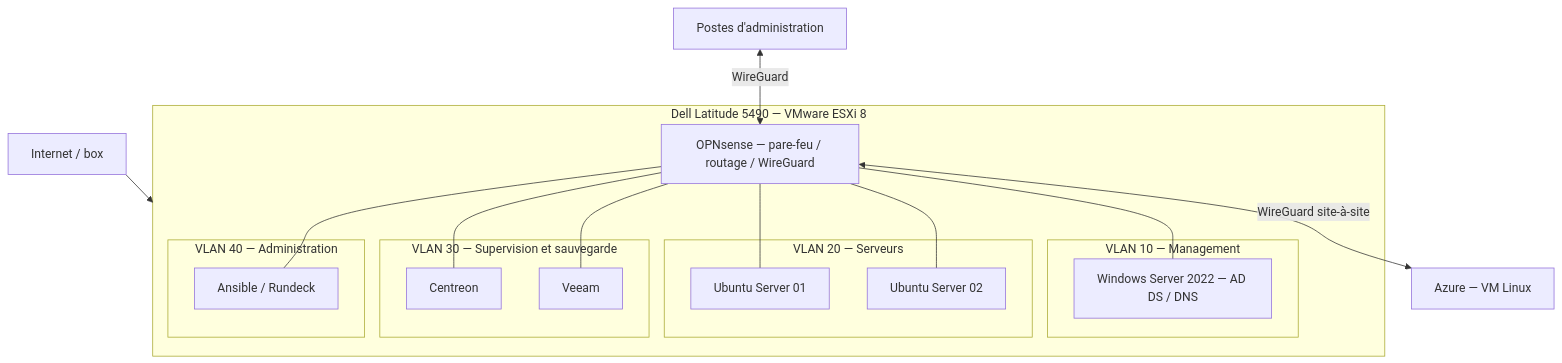
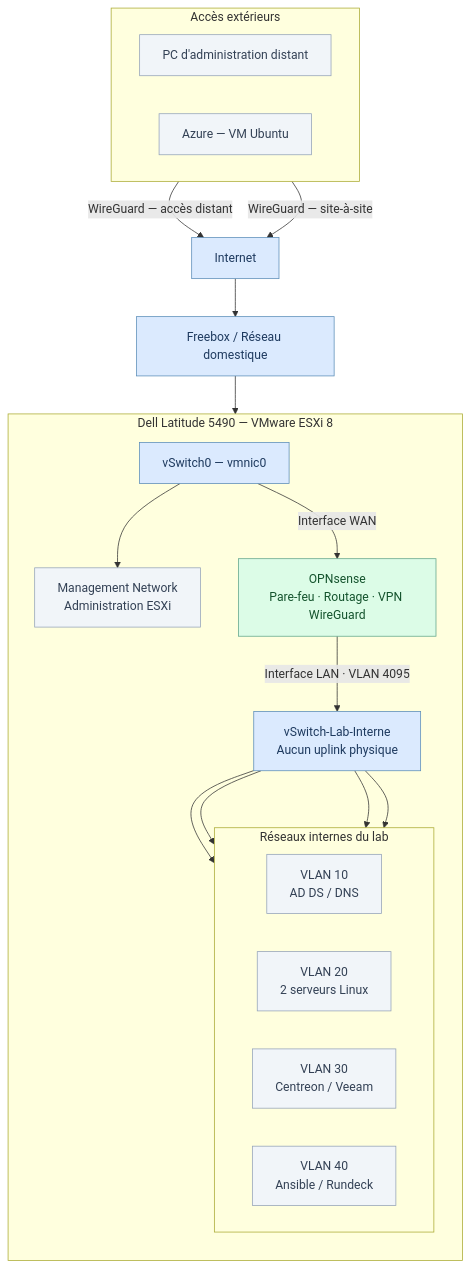
Before and after one commit to GaetanGK/hybrid-infrastructure-lab: the diagram in README.md, drawn with Mermaid.

Commit message:
docs: correct infrastructure network diagram

````diff
--- a/README.md
+++ b/README.md
@@ -15,29 +15,54 @@
 ```mermaid
 flowchart TB
-    Internet[Internet / box] --> ESXi
-    subgraph ESXi["Dell Latitude 5490 — VMware ESXi 8"]
-      FW["OPNsense — pare-feu / routage / WireGuard"]
-      subgraph V10["VLAN 10 — Management"]
-        AD["Windows Server 2022 — AD DS / DNS"]
-      end
-      subgraph V20["VLAN 20 — Serveurs"]
-        L1["Ubuntu Server 01"]
-        L2["Ubuntu Server 02"]
-      end
-      subgraph V30["VLAN 30 — Supervision et sauvegarde"]
-        CENT["Centreon"]
-        VEEAM["Veeam"]
-      end
-      subgraph V40["VLAN 40 — Administration"]
-        AUTO["Ansible / Rundeck"]
-      end
-      FW --- AD
-      FW --- L1
-      FW --- L2
-      FW --- CENT
-      FW --- VEEAM
-      FW --- AUTO
+    subgraph EXTERNE["Accès extérieurs"]
+        direction LR
+        PC["PC d'administration distant"]
+        AZ["Azure — VM Ubuntu"]
     end
-    FW <-->|"WireGuard site-à-site"| AZ["Azure — VM Linux"]
-    PC["Postes d'administration"] <-->|"WireGuard"| FW
+
+    NET["Internet"]
+    BOX["Freebox / Réseau domestique"]
+
+    PC -->|"WireGuard — accès distant"| NET
+    AZ -->|"WireGuard — site-à-site"| NET
+    NET --> BOX
+
+    subgraph HOST["Dell Latitude 5490 — VMware ESXi 8"]
+        direction TB
+
+        VS0["vSwitch0 — vmnic0"]
+
+        MGMT["Management Network<br/>Administration ESXi"]
+        FW["OPNsense<br/>Pare-feu · Routage · VPN WireGuard"]
+
+        VS0 --> MGMT
+        VS0 -->|"Interface WAN"| FW
+
+        VSLAB["vSwitch-Lab-Interne<br/>Aucun uplink physique"]
+
+        FW -->|"Interface LAN · VLAN 4095"| VSLAB
+
+        subgraph ZONES["Réseaux internes du lab"]
+            direction LR
+            V10["VLAN 10<br/>AD DS / DNS"]
+            V20["VLAN 20<br/>2 serveurs Linux"]
+            V30["VLAN 30<br/>Centreon / Veeam"]
+            V40["VLAN 40<br/>Ansible / Rundeck"]
+        end
+
+        VSLAB --> V10
+        VSLAB --> V20
+        VSLAB --> V30
+        VSLAB --> V40
+    end
+
+    BOX --> VS0
+
+    classDef network fill:#dbeafe,stroke:#5b8db8,color:#1e3a5f
+    classDef firewall fill:#dcfce7,stroke:#62a58b,color:#14532d
+    classDef service fill:#f1f5f9,stroke:#94a3b8,color:#334155
+
+    class NET,BOX,VS0,VSLAB network
+    class FW firewall
+    class PC,AZ,MGMT,V10,V20,V30,V40 service
 ```
````
